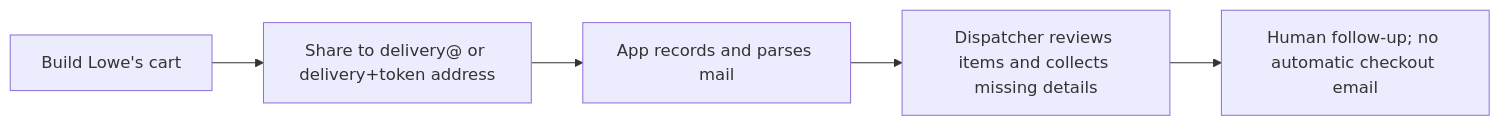
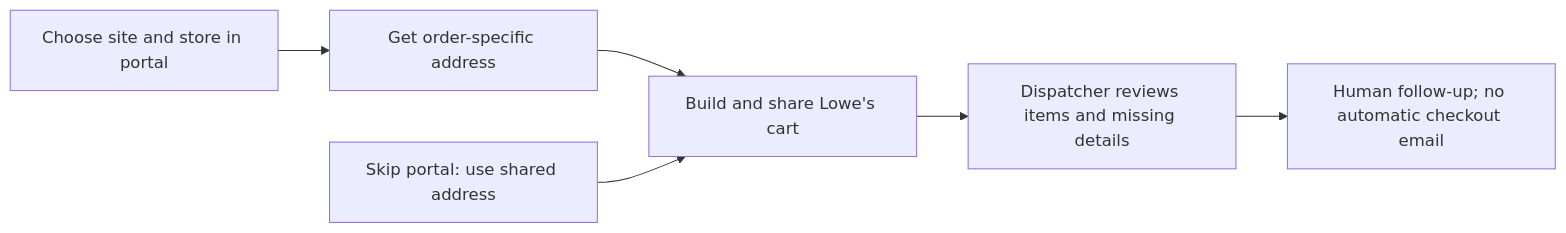
The diagram in docs/runbooks/customer-guide.md (apalumbiLS/DeliveryApp), drawn with Mermaid before and after one commit. The commit also changed other lines of this file and 6 other files, not shown here.

First line of the commit message:
Update portal home to recommend pre-cart site/store selection, add admin nav link from dispatch layout, and route dispatchers to review queue on sign-in

````diff
--- a/docs/runbooks/customer-guide.md
+++ b/docs/runbooks/customer-guide.md
@@ -12,7 +12,8 @@
 ```mermaid
 flowchart LR
-    A[Build Lowe's cart] --> B[Share to delivery@ or delivery+token address]
-    B --> C[App records and parses mail]
-    C --> D[Dispatcher reviews items and collects missing details]
+    A[Choose site and store in portal] --> B[Get order-specific address]
+    B --> C[Build and share Lowe's cart]
+    X[Skip portal: use shared address] --> C
+    C --> D[Dispatcher reviews items and missing details]
     D --> E[Human follow-up; no automatic checkout email]
 ```
````
